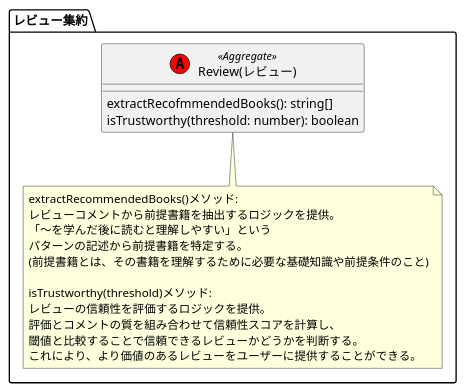
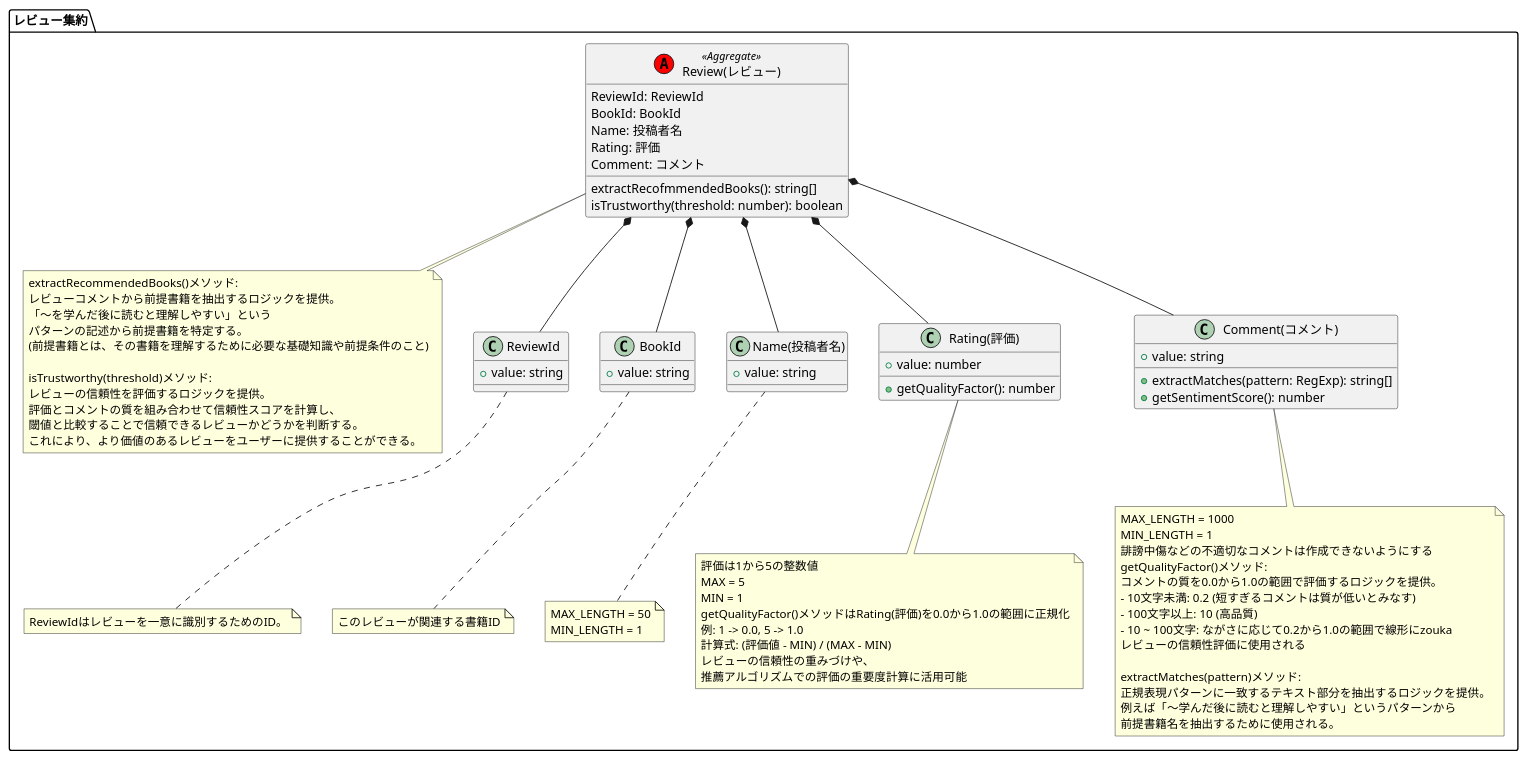
One commit to neko-no/ddd-typpescritp changed the diagram in CatalogService/Domain/models/Review/Review.pu. Above: the diagram before and after it, drawn with PlantUML. The commit also changed 1 other file, not shown here.

Commit message:
feat: 必要なインプットの特定

```diff
--- a/CatalogService/Domain/models/Review/Review.pu
+++ b/CatalogService/Domain/models/Review/Review.pu
@@ -1,22 +1,99 @@
 package "レビュー集約" {
     ' 1. 集約とポリシーの表現
     class "Review(レビュー)" as Review << (A,red) Aggregate >> {
+        ReviewId: ReviewId
+        BookId: BookId
+        Name: 投稿者名
+        Rating: 評価
+        Comment: コメント
         extractRecofmmendedBooks(): string[]
         isTrustworthy(threshold: number): boolean
     }
 
     ' 2. ビジネスルールの具体化
     note bottom of Review
         extractRecommendedBooks()メソッド:
         レビューコメントから前提書籍を抽出するロジックを提供。
         「〜を学んだ後に読むと理解しやすい」という
         パターンの記述から前提書籍を特定する。
         (前提書籍とは、その書籍を理解するために必要な基礎知識や前提条件のこと)
 
         isTrustworthy(threshold)メソッド:
         レビューの信頼性を評価するロジックを提供。
         評価とコメントの質を組み合わせて信頼性スコアを計算し、
         閾値と比較することで信頼できるレビューかどうかを判断する。
         これにより、より価値のあるレビューをユーザーに提供することができる。
     end note
+
+    ' 3. 必要なインプットの特定
+    class "ReviewId" as ReviewId {
+        + value: string
+    }
+
+    class "BookId" as BookId {
+        + value: string
+    }
+
+    class "Name(投稿者名)" as Name {
+        + value: string
+    }
+
+    class "Rating(評価)" as Rating {
+        + value: number
+        + getQualityFactor(): number
+    }
+
+    class "Comment(コメント)" as Comment {
+        + value: string
+        + extractMatches(pattern: RegExp): string[]
+        + getSentimentScore(): number
+    }
+
+    note bottom of ReviewId
+        ReviewIdはレビューを一意に識別するためのID。
+    end note
+
+    note bottom of BookId
+        このレビューが関連する書籍ID
+    end note
+
+
+    note bottom of Name
+        MAX_LENGTH = 50
+        MIN_LENGTH = 1
+    end note
+
+    note bottom of Rating
+        評価は1から5の整数値
+        MAX = 5
+        MIN = 1
+        getQualityFactor()メソッドはRating(評価)を0.0から1.0の範囲に正規化
+        例: 1 -> 0.0, 5 -> 1.0
+        計算式: (評価値 - MIN) / (MAX - MIN)
+        レビューの信頼性の重みづけや、
+        推薦アルゴリズムでの評価の重要度計算に活用可能
+    end note
+
+    note bottom of Comment
+        MAX_LENGTH = 1000
+        MIN_LENGTH = 1
+        誹謗中傷などの不適切なコメントは作成できないようにする
+        getQualityFactor()メソッド:
+        コメントの質を0.0から1.0の範囲で評価するロジックを提供。
+        - 10文字未満: 0.2 (短すぎるコメントは質が低いとみなす)
+        - 100文字以上: 10 (高品質)
+        - 10 ~ 100文字: ながさに応じて0.2から1.0の範囲で線形にzouka
+        レビューの信頼性評価に使用される
+
+        extractMatches(pattern)メソッド:
+        正規表現パターンに一致するテキスト部分を抽出するロジックを提供。
+        例えば「〜学んだ後に読むと理解しやすい」というパターンから
+        前提書籍名を抽出するために使用される。
+    end note
+
+    Review *-- ReviewId
+    Review *-- BookId
+    Review *-- Name
+    Review *-- Rating
+    Review *-- Comment
 }
```
